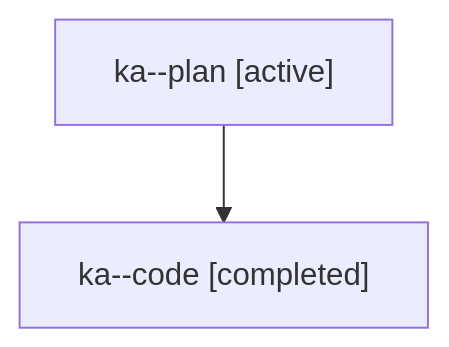
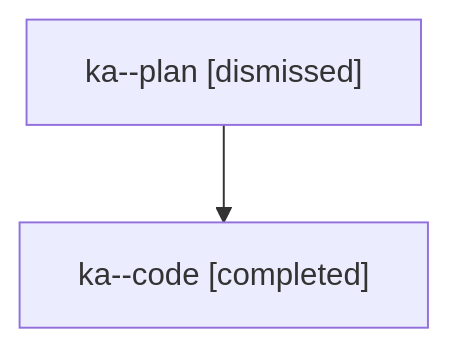
Before and after one commit to sase-org/sase--agents: the diagram in sessions/bbugyi200.athena.ka.md, drawn with Mermaid. The commit also changed other lines of this file and 33 other files, not shown here.

````diff
--- a/sessions/bbugyi200.athena.ka.md
+++ b/sessions/bbugyi200.athena.ka.md
@@ -9,6 +9,6 @@
 ```mermaid
 flowchart TD
-  n0["ka--plan [active]"]
+  n0["ka--plan [dismissed]"]
   n1["ka--code [completed]"]
   n0 --> n1
 ```
````
